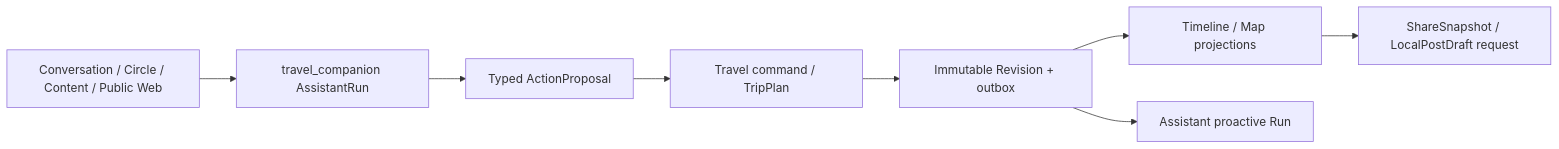
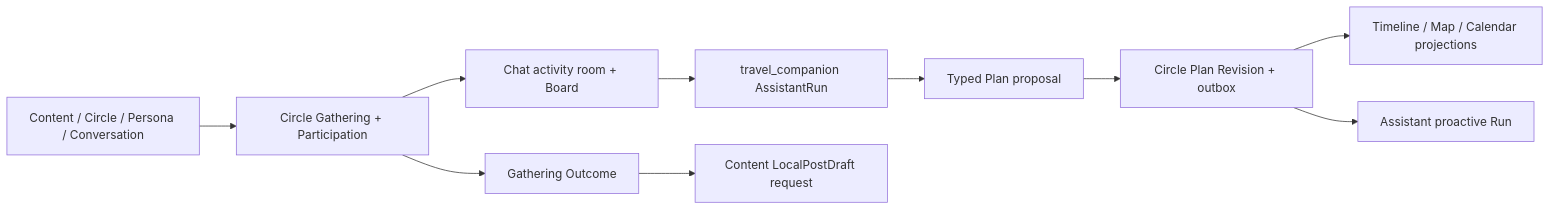
The diagram in specs/feature-tree/travel-journey/design.md (openstudio2022/quwoquan), drawn with Mermaid before and after one commit. The commit also changed other lines of this file and 7903 other files, not shown here.

````diff
--- a/specs/feature-tree/travel-journey/design.md
+++ b/specs/feature-tree/travel-journey/design.md
@@ -30,10 +27,12 @@
 ```mermaid
 flowchart LR
-  Input["Conversation / Circle / Content / Public Web"] --> Run["travel_companion AssistantRun"]
-  Run --> Proposal["Typed ActionProposal"]
-  Proposal --> Trip["Travel command / TripPlan"]
-  Trip --> Revision["Immutable Revision + outbox"]
-  Revision --> Timeline["Timeline / Map projections"]
+  Source["Content / Circle / Persona / Conversation"] --> Gathering["Circle Gathering + Participation"]
+  Gathering --> Room["Chat activity room + Board"]
+  Room --> Run["travel_companion AssistantRun"]
+  Run --> Proposal["Typed Plan proposal"]
+  Proposal --> Revision["Circle Plan Revision + outbox"]
+  Revision --> Timeline["Timeline / Map / Calendar projections"]
   Revision --> Trigger["Assistant proactive Run"]
-  Timeline --> Share["ShareSnapshot / LocalPostDraft request"]
+  Gathering --> Outcome["Gathering Outcome"]
+  Outcome --> Share["Content LocalPostDraft request"]
 ```
````
